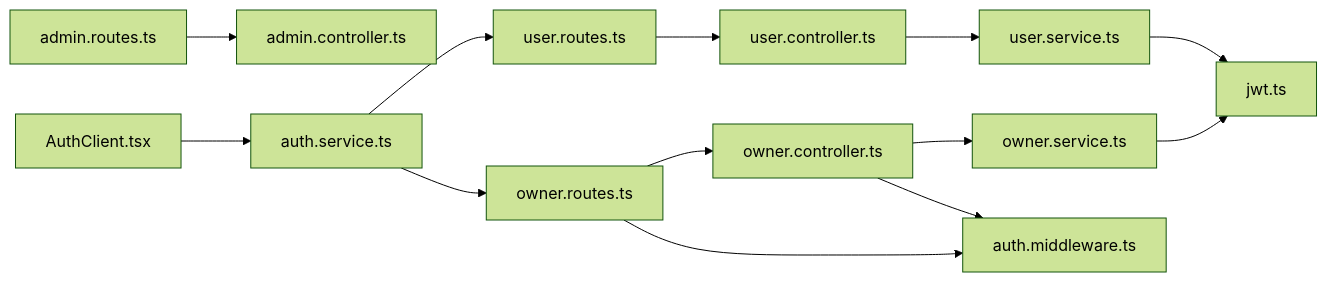
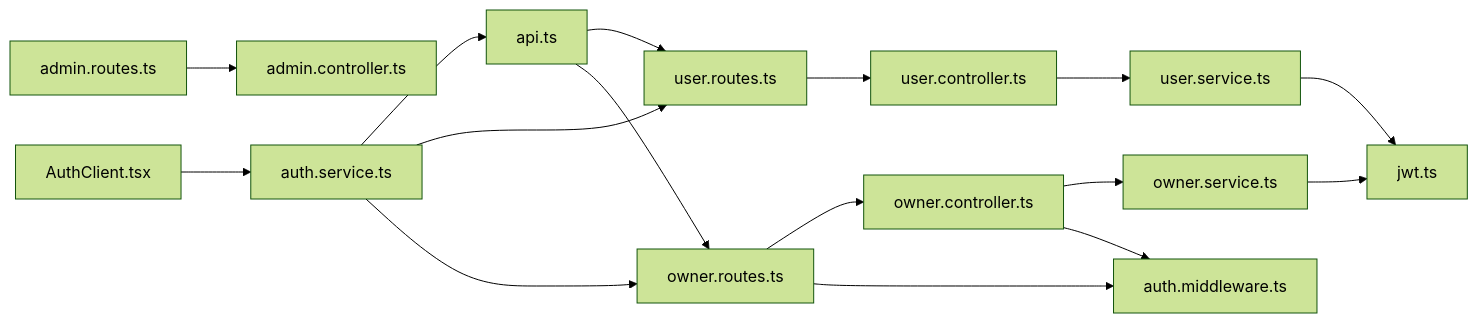
The tenth of 10 diagrams in .qoder/repowiki/en/content/Authentication & Authorization/Authentication & Authorization.md (nguyencongtrung2001/Do-An), drawn with Mermaid (forest theme) before and after one commit. The commit also changed other lines of this file and 12 other files, not shown here.

````diff
--- a/.qoder/repowiki/en/content/Authentication & Authorization/Authentication & Authorization.md
+++ b/.qoder/repowiki/en/content/Authentication & Authorization/Authentication & Authorization.md
@@ -362,15 +429,18 @@
 ```mermaid
 graph LR
 UR["user.routes.ts"] --> UC["user.controller.ts"]
 OR["owner.routes.ts"] --> OC["owner.controller.ts"]
 AR["admin.routes.ts"] --> ADM["admin.controller.ts"]
 UC --> US["user.service.ts"]
 OC --> OS["owner.service.ts"]
 OS --> JWT["jwt.ts"]
 US --> JWT
 OR --> UM["auth.middleware.ts"]
 OC --> UM
 FE["AuthClient.tsx"] --> AS["auth.service.ts"]
+AS --> API["api.ts"]
 AS --> UR
 AS --> OR
+API --> UR
+API --> OR
 ```
````
